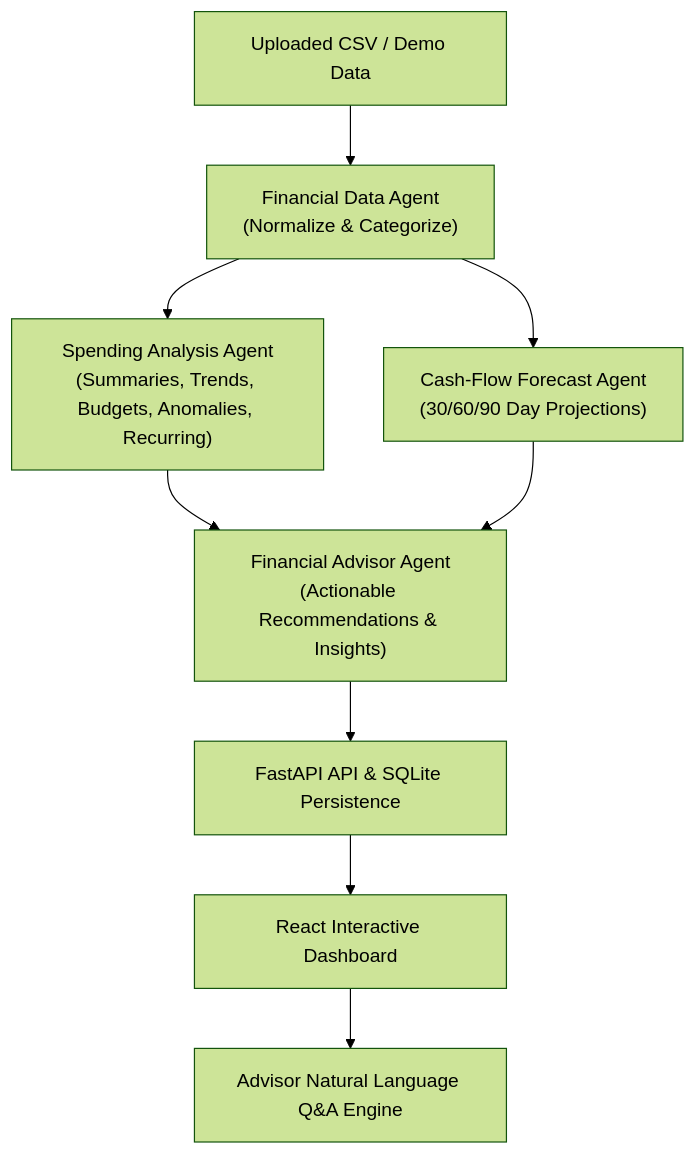
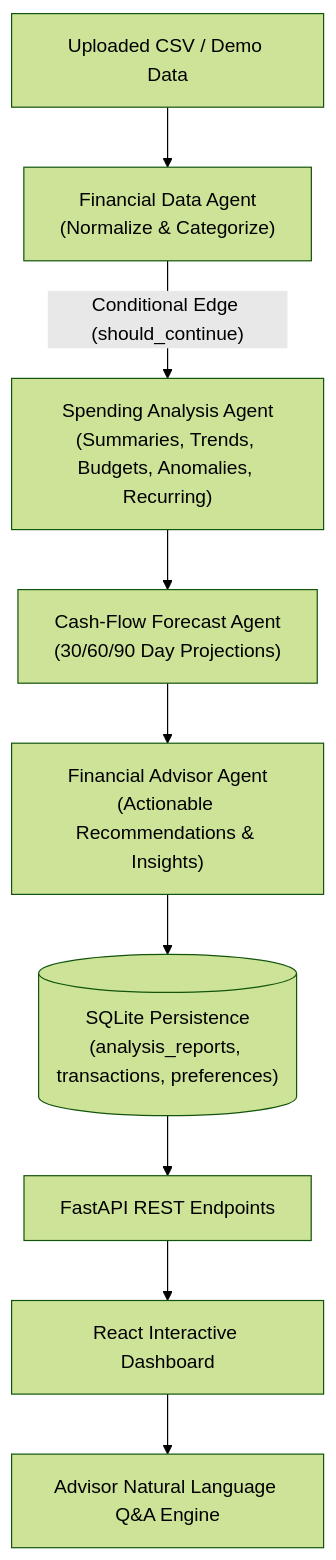
The diagram in README.md (tanishque-suthar/aai-mini-project), drawn with Mermaid (forest theme) before and after one commit. The commit also changed other lines of this file and 3 other files, not shown here.

````diff
--- a/README.md
+++ b/README.md
@@ -27,11 +31,11 @@
 ```mermaid
 flowchart TD
     CSV["Uploaded CSV / Demo Data"] --> DA["Financial Data Agent<br/>(Normalize & Categorize)"]
-    DA --> SA["Spending Analysis Agent<br/>(Summaries, Trends, Budgets, Anomalies, Recurring)"]
-    DA --> CF["Cash-Flow Forecast Agent<br/>(30/60/90 Day Projections)"]
-    SA --> ADV["Financial Advisor Agent<br/>(Actionable Recommendations & Insights)"]
-    CF --> ADV
-    ADV --> API["FastAPI API & SQLite Persistence"]
+    DA -->|"Conditional Edge (should_continue)"| SA["Spending Analysis Agent<br/>(Summaries, Trends, Budgets, Anomalies, Recurring)"]
+    SA --> CF["Cash-Flow Forecast Agent<br/>(30/60/90 Day Projections)"]
+    CF --> ADV["Financial Advisor Agent<br/>(Actionable Recommendations & Insights)"]
+    ADV --> DB[("SQLite Persistence<br/>(analysis_reports, transactions, preferences)")]
+    DB --> API["FastAPI REST Endpoints"]
     API --> UI["React Interactive Dashboard"]
     UI --> CHAT["Advisor Natural Language Q&A Engine"]
 ```
````
